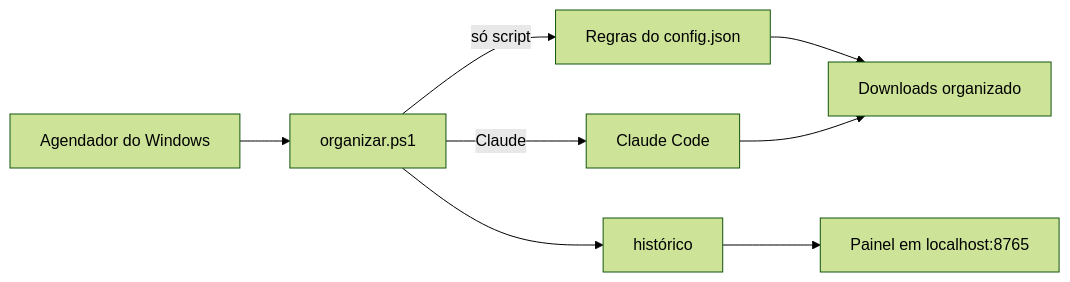
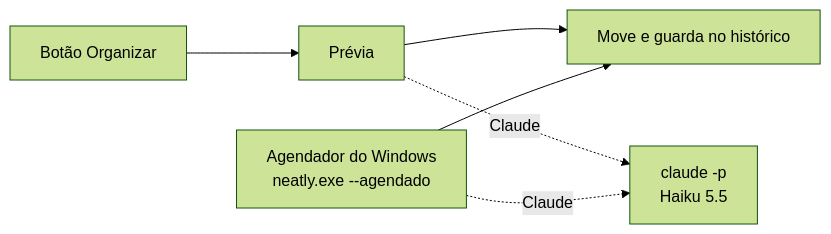
The diagram in README.md (ArturoAndreatta/neatly), drawn with Mermaid (forest theme) before and after one commit. The commit also changed other lines of this file and 81 other files, not shown here.

Commit message:
feat: Neatly 2 em Flutter com modos Claude e Script, prévia e instalador

````diff
--- a/README.md
+++ b/README.md
@@ -86,10 +62,8 @@
 ```mermaid
 flowchart LR
-    A["Agendador do Windows"] --> B["organizar.ps1"]
-    B -->|só script| C["Regras do config.json"]
-    B -->|Claude| D["Claude Code"]
-    C --> E["Downloads organizado"]
-    D --> E
-    B --> F["histórico"]
-    F --> G["Painel em localhost:8765"]
+    A["Botão Organizar"] --> P["Prévia"]
+    P --> M["Move e guarda no histórico"]
+    T["Agendador do Windows<br>neatly.exe --agendado"] --> M
+    P -.Claude.-> C["claude -p<br>Haiku 5.5"]
+    T -.Claude.-> C
 ```
````
